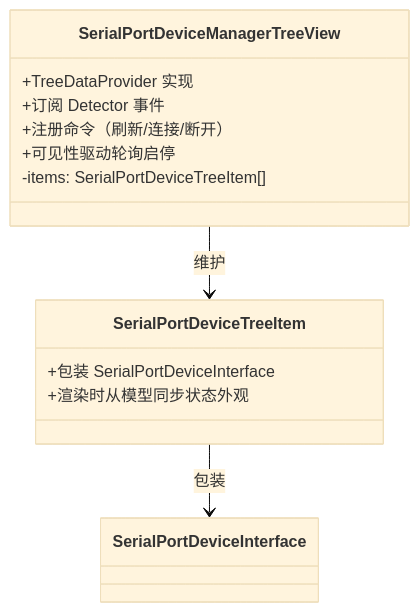
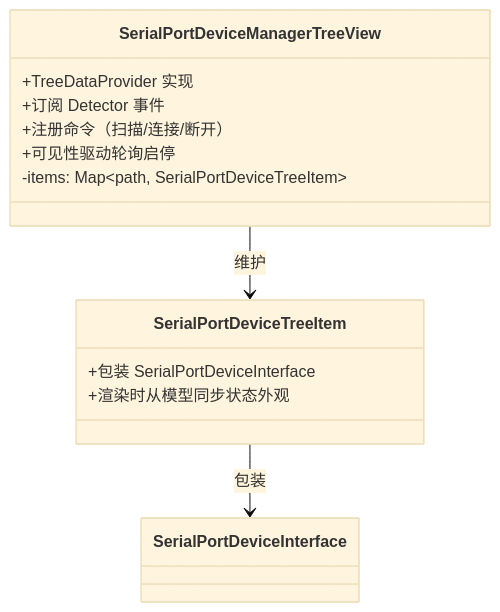
The first of 2 diagrams in doc/SerialPortDeviceManagerTreeView设计.md (ziqiang-zhu/vscode-serial-port-terminal), drawn with Mermaid (base theme) before and after one commit. The commit also changed other lines of this file and 10 other files, not shown here.

````diff
--- a/doc/SerialPortDeviceManagerTreeView设计.md
+++ b/doc/SerialPortDeviceManagerTreeView设计.md
@@ -16,16 +18,16 @@
 ```mermaid
 classDiagram
     class SerialPortDeviceManagerTreeView {
         +TreeDataProvider 实现
         +订阅 Detector 事件
-        +注册命令（刷新/连接/断开）
+        +注册命令（扫描/连接/断开）
         +可见性驱动轮询启停
-        -items: SerialPortDeviceTreeItem[]
+        -items: Map~path, SerialPortDeviceTreeItem~
     }
     class SerialPortDeviceTreeItem {
         +包装 SerialPortDeviceInterface
         +渲染时从模型同步状态外观
     }
     SerialPortDeviceManagerTreeView --> SerialPortDeviceTreeItem : 维护
     SerialPortDeviceTreeItem --> SerialPortDeviceInterface : 包装
 ```
````
